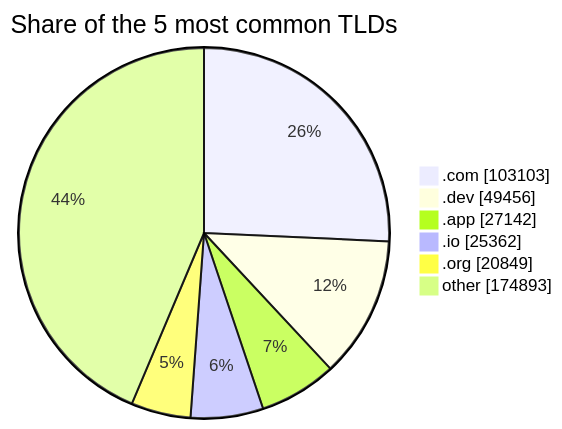
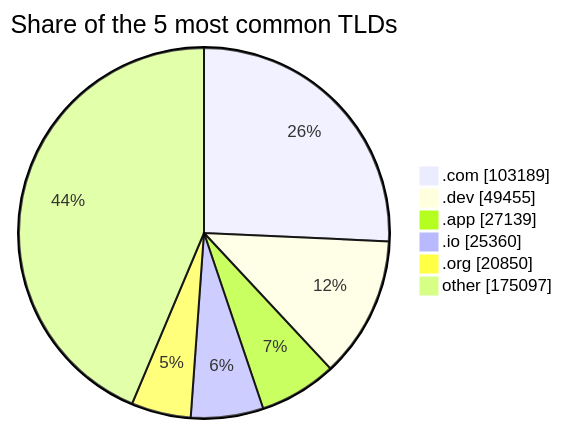
The third of 3 diagrams in README.md (DNSBunker/CTI), drawn with Mermaid before and after one commit. The commit also changed other lines of this file and 3 other files, not shown here.

````diff
--- a/README.md
+++ b/README.md
@@ -81,9 +81,9 @@
 ```mermaid
 pie showData title Share of the 5 most common TLDs
-    ".com" : 103103
-    ".dev" : 49456
-    ".app" : 27142
-    ".io" : 25362
-    ".org" : 20849
-    "other" : 174893
+    ".com" : 103189
+    ".dev" : 49455
+    ".app" : 27139
+    ".io" : 25360
+    ".org" : 20850
+    "other" : 175097
 ```
````
